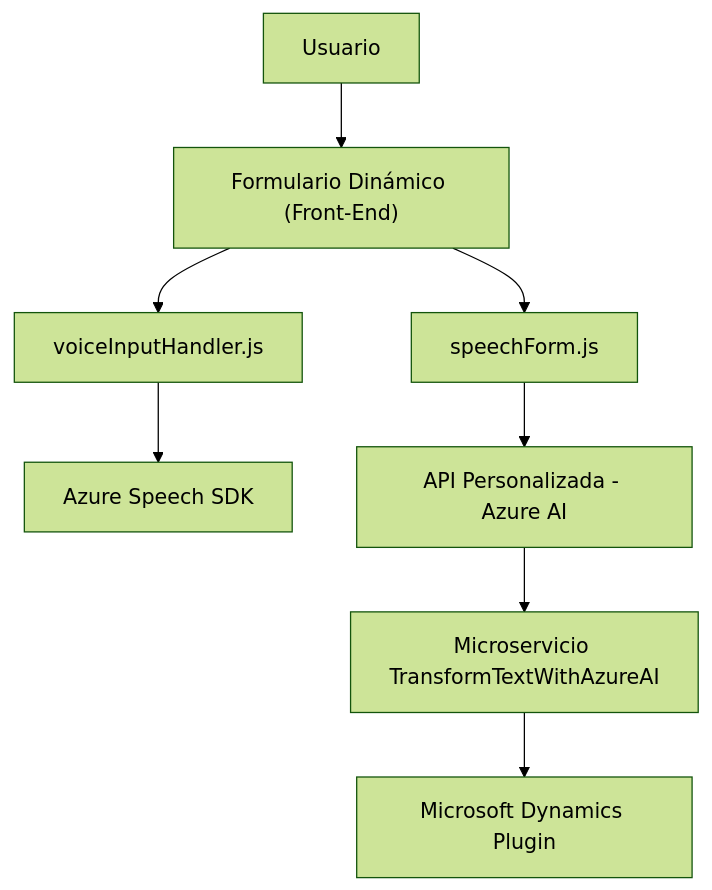
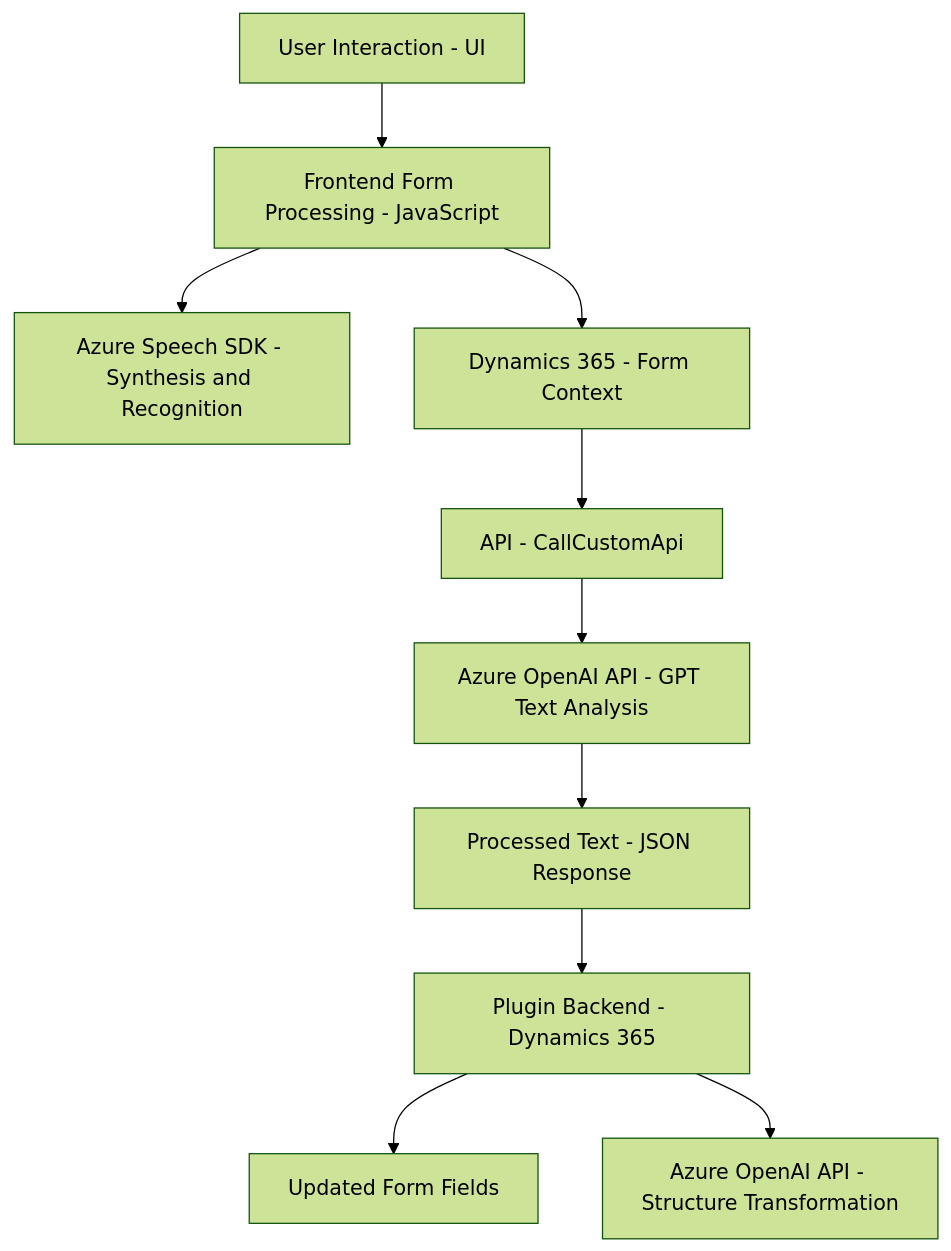
Before and after one commit to blopezdm/NETCORE_BILBAO2025: the diagram in README.md, drawn with Mermaid (forest theme). The commit also changed other lines of this file, not shown here.

````diff
--- a/README.md
+++ b/README.md
@@ -33,10 +36,12 @@
 ```mermaid
 graph TD
-A["Usuario"] --> B["Formulario Dinámico (Front-End)"]
-B --> C["voiceInputHandler.js"]
-B --> D["speechForm.js"]
-C --> E["Azure Speech SDK"]
-D --> F["API Personalizada - Azure AI"]
-F --> G["Microservicio TransformTextWithAzureAI"]
-G --> H["Microsoft Dynamics Plugin"]
+    A["User Interaction - UI"] --> B["Frontend Form Processing - JavaScript"]
+    B --> C["Azure Speech SDK - Synthesis and Recognition"]
+    B --> D["Dynamics 365 - Form Context"]
+    D --> E["API - CallCustomApi"]
+    E --> G["Azure OpenAI API - GPT Text Analysis"]
+    G --> H["Processed Text - JSON Response"]
+    H --> F["Plugin Backend - Dynamics 365"]
+    F --> I["Updated Form Fields"]
+    F --> J["Azure OpenAI API - Structure Transformation"]
 ```
````
